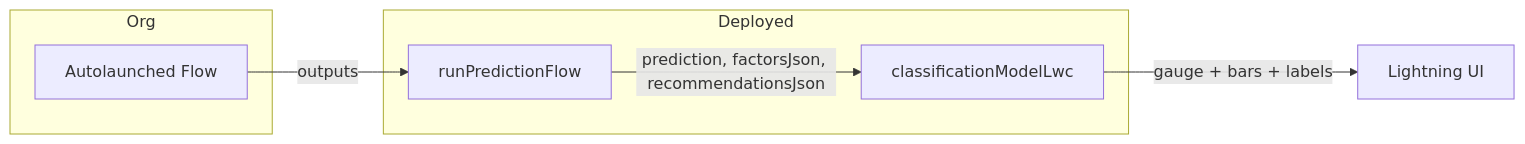
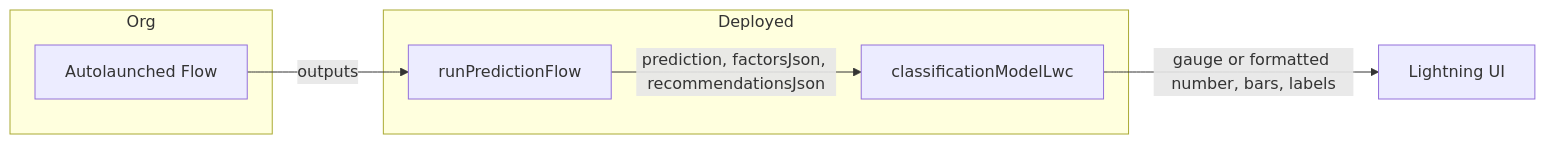
The second of 2 diagrams in DC_Prediction_Model_LWC/docs/ARCHITECTURE.md (josers18/JDO), drawn with Mermaid before and after one commit. The commit also changed other lines of this file and 9 other files, not shown here.

````diff
--- a/DC_Prediction_Model_LWC/docs/ARCHITECTURE.md
+++ b/DC_Prediction_Model_LWC/docs/ARCHITECTURE.md
@@ -49,13 +49,13 @@
 ```mermaid
 flowchart LR
     subgraph Org
         F[Autolaunched Flow]
     end
     subgraph Deployed
         A[runPredictionFlow]
         L[classificationModelLwc]
     end
     F -->|outputs| A
     A -->|prediction, factorsJson, recommendationsJson| L
-    L -->|gauge + bars + labels| UI[Lightning UI]
+    L -->|gauge or formatted number, bars, labels| UI[Lightning UI]
 ```
````
